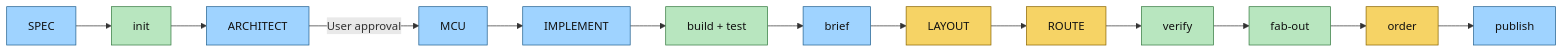
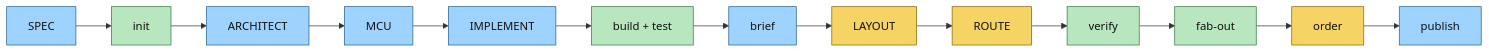
Before and after one commit to kylestew/pcbforge: the diagram in WORKFLOW.md, drawn with Mermaid. The commit also changed other lines of this file and 20 other files, not shown here.

````diff
--- a/WORKFLOW.md
+++ b/WORKFLOW.md
@@ -9,23 +9,23 @@
 ```mermaid
 flowchart LR
     SPEC[SPEC] --> INIT[init]
     INIT --> ARCH[ARCHITECT]
-    ARCH -->|User approval| MCU[MCU]
+    ARCH --> MCU[MCU]
     MCU --> IMPLEMENT[IMPLEMENT]
     IMPLEMENT --> BUILD[build + test]
     BUILD --> BRIEF[brief]
     BRIEF --> LAYOUT[LAYOUT]
     LAYOUT --> ROUTE[ROUTE]
     ROUTE --> VERIFY[verify]
     VERIFY --> FAB[fab-out]
     FAB --> ORDER[order]
     ORDER --> PUBLISH[publish]
 
     classDef user fill:#f6d365,stroke:#8a6500,color:#111;
     classDef agent fill:#9fd3ff,stroke:#23618f,color:#111;
     classDef tool fill:#b8e6bf,stroke:#357a40,color:#111;
 
     class SPEC,ARCH,MCU,IMPLEMENT,BRIEF,PUBLISH agent;
     class INIT,BUILD,VERIFY,FAB tool;
     class LAYOUT,ROUTE,ORDER user;
 ```
````
